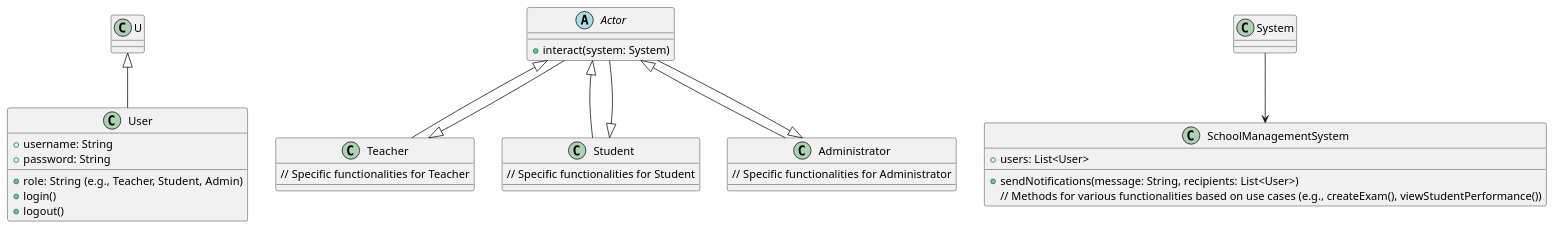
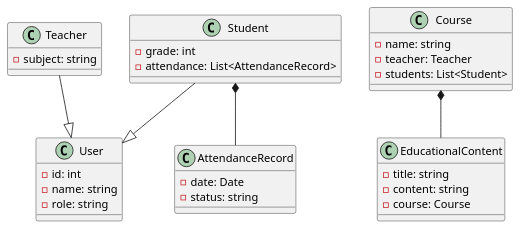
The diagram in School Management System Class Diagram.puml (AdithyaSean/School-Management-System), drawn with PlantUML before and after one commit. The commit also changed 1 other file, not shown here.

Commit message:
modified:   School Management System Class Diagram.puml 	modified:   School Management System Use Case Diagram.puml

```diff
--- a/School Management System Class Diagram.puml
+++ b/School Management System Class Diagram.puml
@@ -1,40 +1,41 @@
-@startuml SchoolManagementSystem
-
+@startuml School Management System
 class User {
-  + username: String
-  + password: String
-  + role: String (e.g., Teacher, Student, Admin)
-  + login()
-  + logout()
+  - id: int
+  - name: string
+  - role: string
 }
 
-abstract class Actor {
-  + interact(system: System)
+class Student {
+  - grade: int
+  - attendance: List<AttendanceRecord>
 }
 
-class Teacher extends Actor {
-  // Specific functionalities for Teacher
+Student --|> User
+
+class Teacher {
+  - subject: string
 }
 
-class Student extends Actor {
-  // Specific functionalities for Student
+Teacher --|> User
+
+class Course {
+  - name: string
+  - teacher: Teacher
+  - students: List<Student>
 }
 
-class Administrator extends Actor {
-  // Specific functionalities for Administrator
+class EducationalContent {
+  - title: string
+  - content: string
+  - course: Course
 }
 
-class SchoolManagementSystem {
-  + users: List<User>
-  + sendNotifications(message: String, recipients: List<User>)
-  // Methods for various functionalities based on use cases (e.g., createExam(), viewStudentPerformance())
+Course *-- EducationalContent
+
+class AttendanceRecord {
+  - date: Date
+  - status: string
 }
 
-U <|-- User
-Teacher <|-- Actor
-Student <|-- Actor
-Administrator <|-- Actor
-
-System --> SchoolManagementSystem
-
+Student *-- AttendanceRecord
 @enduml
```
